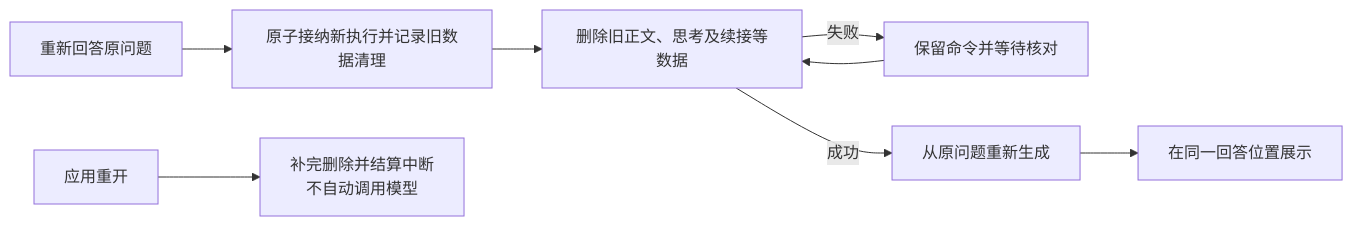
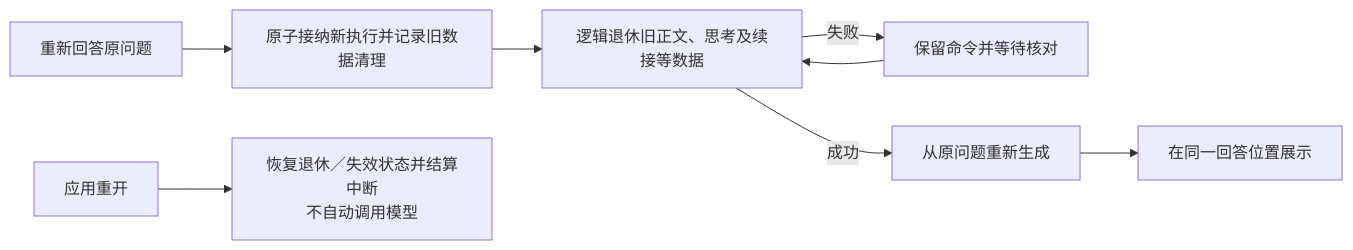
One commit to alwynou/mira changed the third of 3 diagrams in docs/architecture/AGENT_APPLICATION_RUNTIME.md. Above: the diagram before and after it, drawn with Mermaid. The commit also changed other lines of this file and 251 other files, not shown here.

````diff
--- a/docs/architecture/AGENT_APPLICATION_RUNTIME.md
+++ b/docs/architecture/AGENT_APPLICATION_RUNTIME.md
@@ -91,10 +91,10 @@
 ```mermaid
 flowchart LR
     Retry[重新回答原问题] --> Batch[原子接纳新执行并记录旧数据清理]
-    Batch --> Purge[删除旧正文、思考及续接等数据]
-    Purge -->|失败| Pending[保留命令并等待核对]
-    Pending --> Purge
-    Purge -->|成功| Generate[从原问题重新生成]
+    Batch --> Retire[逻辑退休旧正文、思考及续接等数据]
+    Retire -->|失败| Pending[保留命令并等待核对]
+    Pending --> Retire
+    Retire -->|成功| Generate[从原问题重新生成]
     Generate --> Row[在同一回答位置展示]
-    Restart[应用重开] --> Recovery[补完删除并结算中断\n不自动调用模型]
+    Restart[应用重开] --> Recovery[恢复退休／失效状态并结算中断\n不自动调用模型]
 ```
````
